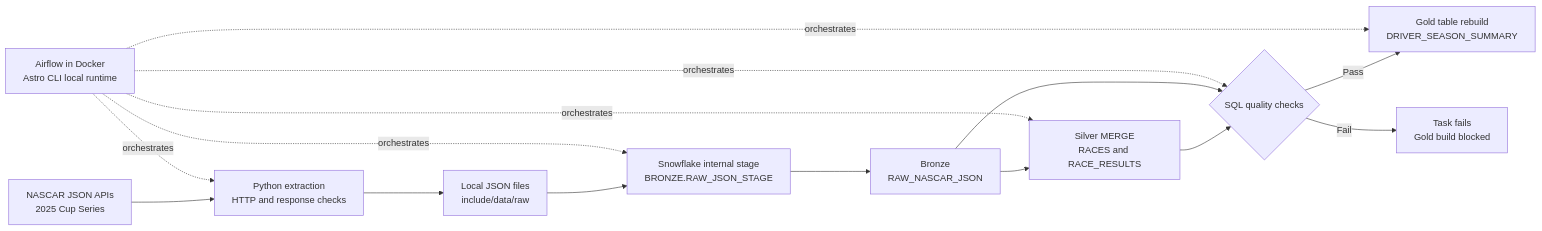
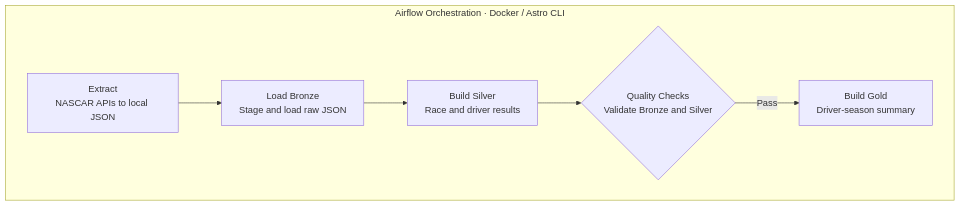
Before and after one commit to johnmoses137/nascar-race-elt: the diagram in README.md, drawn with Mermaid. The commit also changed other lines of this file, not shown here.

Commit message:
docs: refine project README and simplify architecture diagram

````diff
--- a/README.md
+++ b/README.md
@@ -9,17 +22,14 @@
 ```mermaid
 flowchart LR
-    API["NASCAR JSON APIs<br/>2025 Cup Series"] --> EX["Python extraction<br/>HTTP and response checks"]
-    EX --> RAW["Local JSON files<br/>include/data/raw"]
-    RAW --> STAGE["Snowflake internal stage<br/>BRONZE.RAW_JSON_STAGE"]
-    STAGE --> B["Bronze<br/>RAW_NASCAR_JSON"]
-    B --> S["Silver MERGE<br/>RACES and RACE_RESULTS"]
-    S --> Q{"SQL quality checks"}
-    B --> Q
-    Q -->|Pass| G["Gold table rebuild<br/>DRIVER_SEASON_SUMMARY"]
-    Q -->|Fail| STOP["Task fails<br/>Gold build blocked"]
-    AF["Airflow in Docker<br/>Astro CLI local runtime"] -. orchestrates .-> EX
-    AF -. orchestrates .-> STAGE
-    AF -. orchestrates .-> S
-    AF -. orchestrates .-> Q
-    AF -. orchestrates .-> G
+    subgraph AF["Airflow Orchestration · Docker / Astro CLI"]
+        direction LR
+        E["Extract<br/>NASCAR APIs to local JSON"]
+        B["Load Bronze<br/>Stage and load raw JSON"]
+        S["Build Silver<br/>Race and driver results"]
+        Q{"Quality Checks<br/>Validate Bronze and Silver"}
+        G["Build Gold<br/>Driver-season summary"]
+
+        E --> B --> S --> Q
+        Q -->|Pass| G
+    end
 ```
````
